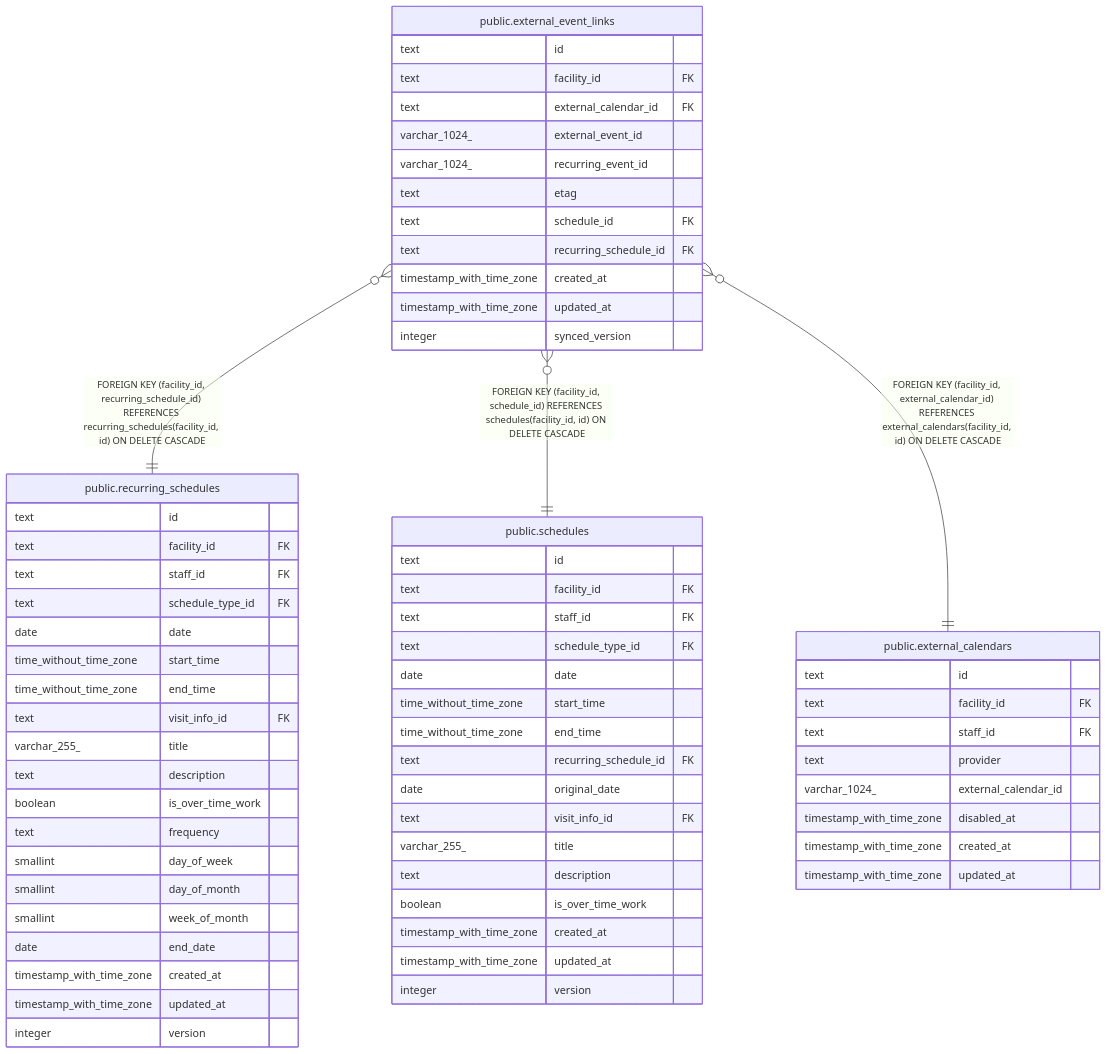
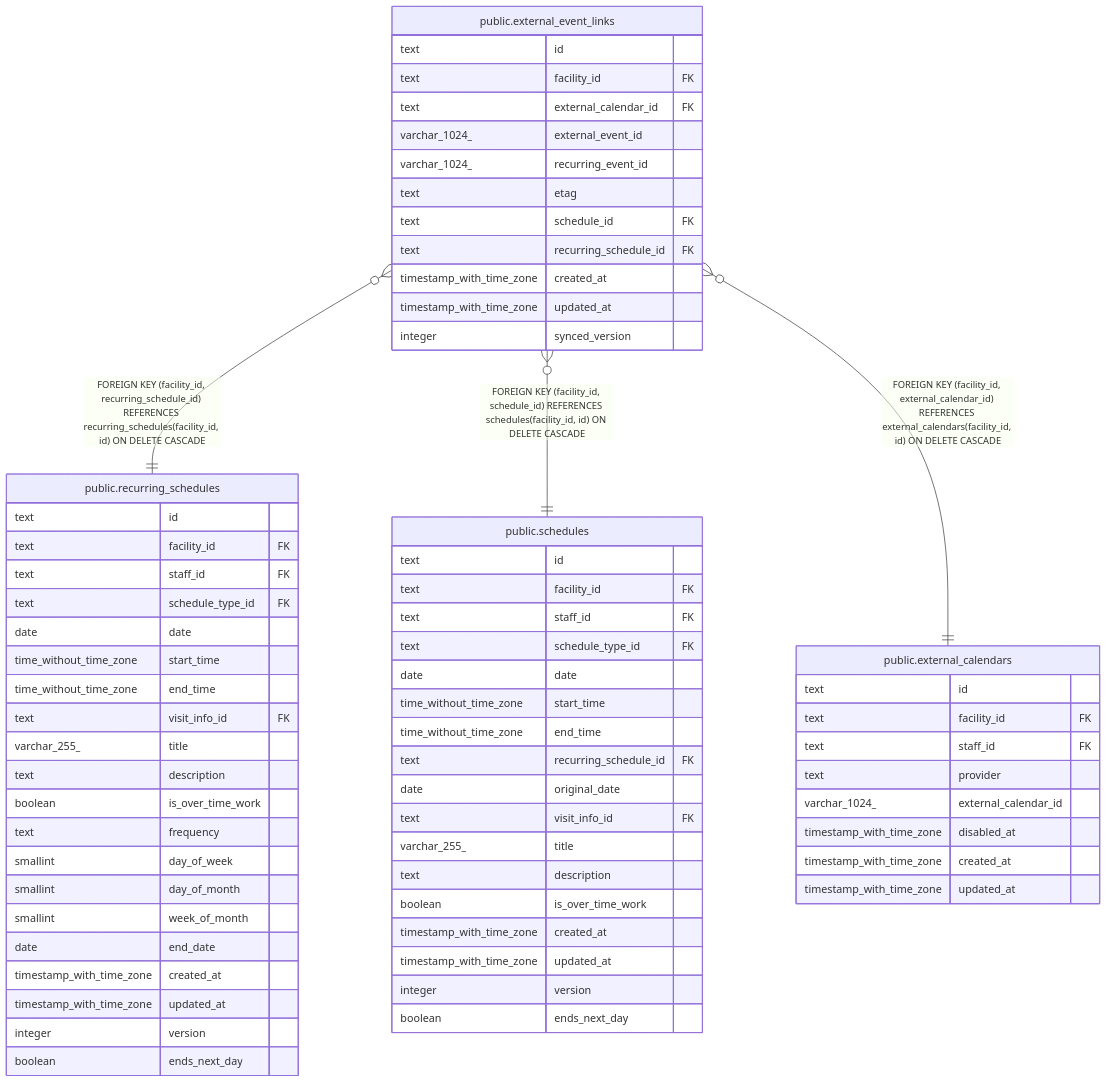
Before and after one commit to Fukuemon/buddy: the diagram in docs/db/schedule/public.external_event_links.md, drawn with Mermaid. The commit also changed 22 other files, not shown here.

````diff
--- a/docs/db/schedule/public.external_event_links.md
+++ b/docs/db/schedule/public.external_event_links.md
@@ -71,70 +71,72 @@
 ```mermaid
 erDiagram
 
 "public.external_event_links" }o--|| "public.recurring_schedules" : "FOREIGN KEY (facility_id, recurring_schedule_id) REFERENCES recurring_schedules(facility_id, id) ON DELETE CASCADE"
 "public.external_event_links" }o--|| "public.schedules" : "FOREIGN KEY (facility_id, schedule_id) REFERENCES schedules(facility_id, id) ON DELETE CASCADE"
 "public.external_event_links" }o--|| "public.external_calendars" : "FOREIGN KEY (facility_id, external_calendar_id) REFERENCES external_calendars(facility_id, id) ON DELETE CASCADE"
 
 "public.external_event_links" {
   text id
   text facility_id FK
   text external_calendar_id FK
   varchar_1024_ external_event_id
   varchar_1024_ recurring_event_id
   text etag
   text schedule_id FK
   text recurring_schedule_id FK
   timestamp_with_time_zone created_at
   timestamp_with_time_zone updated_at
   integer synced_version
 }
 "public.recurring_schedules" {
   text id
   text facility_id FK
   text staff_id FK
   text schedule_type_id FK
   date date
   time_without_time_zone start_time
   time_without_time_zone end_time
   text visit_info_id FK
   varchar_255_ title
   text description
   boolean is_over_time_work
   text frequency
   smallint day_of_week
   smallint day_of_month
   smallint week_of_month
   date end_date
   timestamp_with_time_zone created_at
   timestamp_with_time_zone updated_at
   integer version
+  boolean ends_next_day
 }
 "public.schedules" {
   text id
   text facility_id FK
   text staff_id FK
   text schedule_type_id FK
   date date
   time_without_time_zone start_time
   time_without_time_zone end_time
   text recurring_schedule_id FK
   date original_date
   text visit_info_id FK
   varchar_255_ title
   text description
   boolean is_over_time_work
   timestamp_with_time_zone created_at
   timestamp_with_time_zone updated_at
   integer version
+  boolean ends_next_day
 }
 "public.external_calendars" {
   text id
   text facility_id FK
   text staff_id FK
   text provider
   varchar_1024_ external_calendar_id
   timestamp_with_time_zone disabled_at
   timestamp_with_time_zone created_at
   timestamp_with_time_zone updated_at
 }
 ```
````
